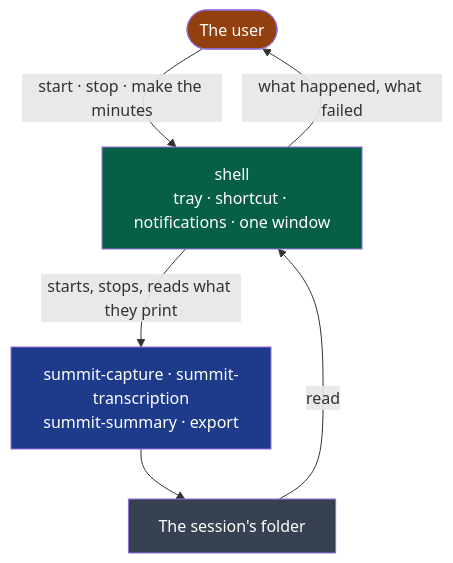
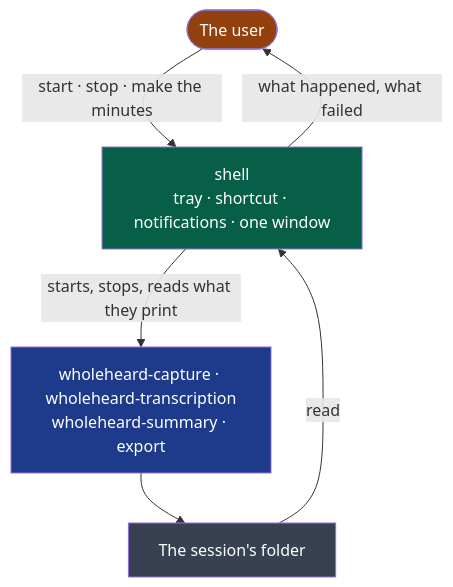
The diagram in modules/shell/README.md (NapkinStack/wholeheard), drawn with Mermaid before and after one commit. The commit also changed other lines of this file and 38 other files, not shown here.

````diff
--- a/modules/shell/README.md
+++ b/modules/shell/README.md
@@ -9,13 +9,13 @@
 ```mermaid
 flowchart TB
     U(["The user"]):::user -->|"start · stop · make the minutes"| S["shell<br/>tray · shortcut · notifications · one window"]:::mod
-    S -->|"starts, stops, reads what they print"| P["summit-capture · summit-transcription<br/>summit-summary · export"]:::step
+    S -->|"starts, stops, reads what they print"| P["wholeheard-capture · wholeheard-transcription<br/>wholeheard-summary · export"]:::step
     P --> F["The session's folder"]:::file
     F -->|"read"| S
     S -->|"what happened, what failed"| U
 
     classDef user fill:#92400e,color:#fff
     classDef mod fill:#065f46,color:#fff
     classDef step fill:#1e3a8a,color:#fff
     classDef file fill:#374151,color:#fff
 ```
````
